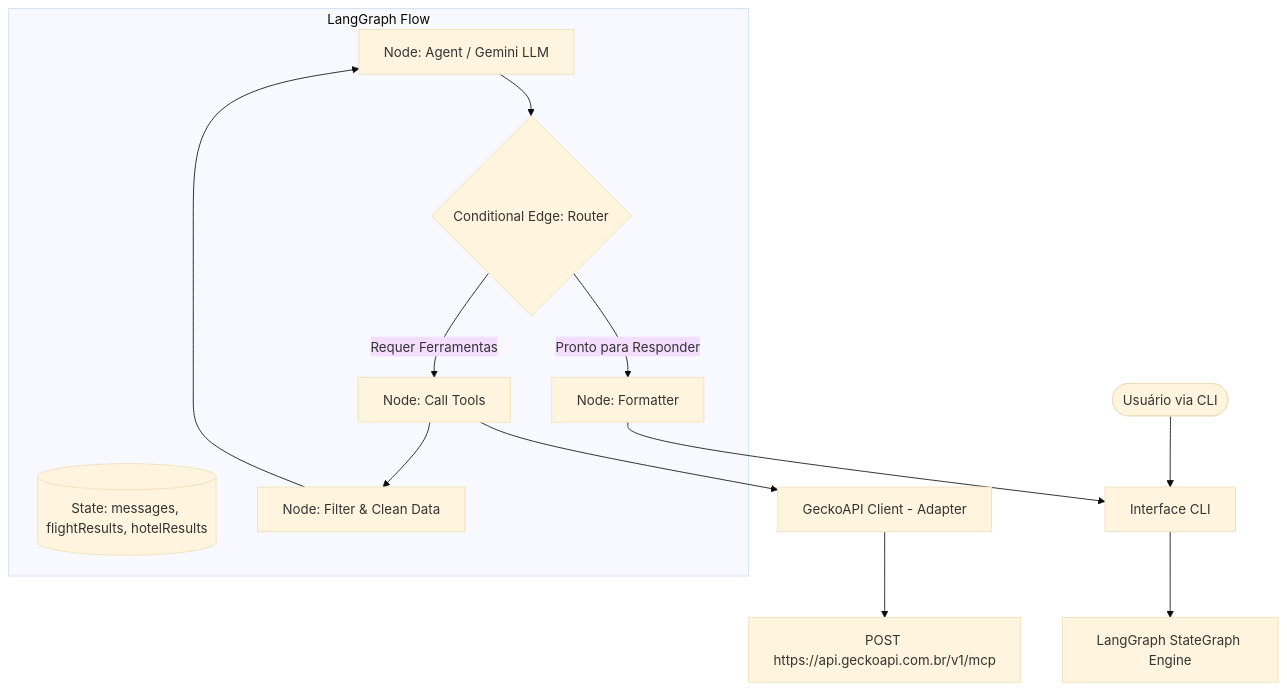
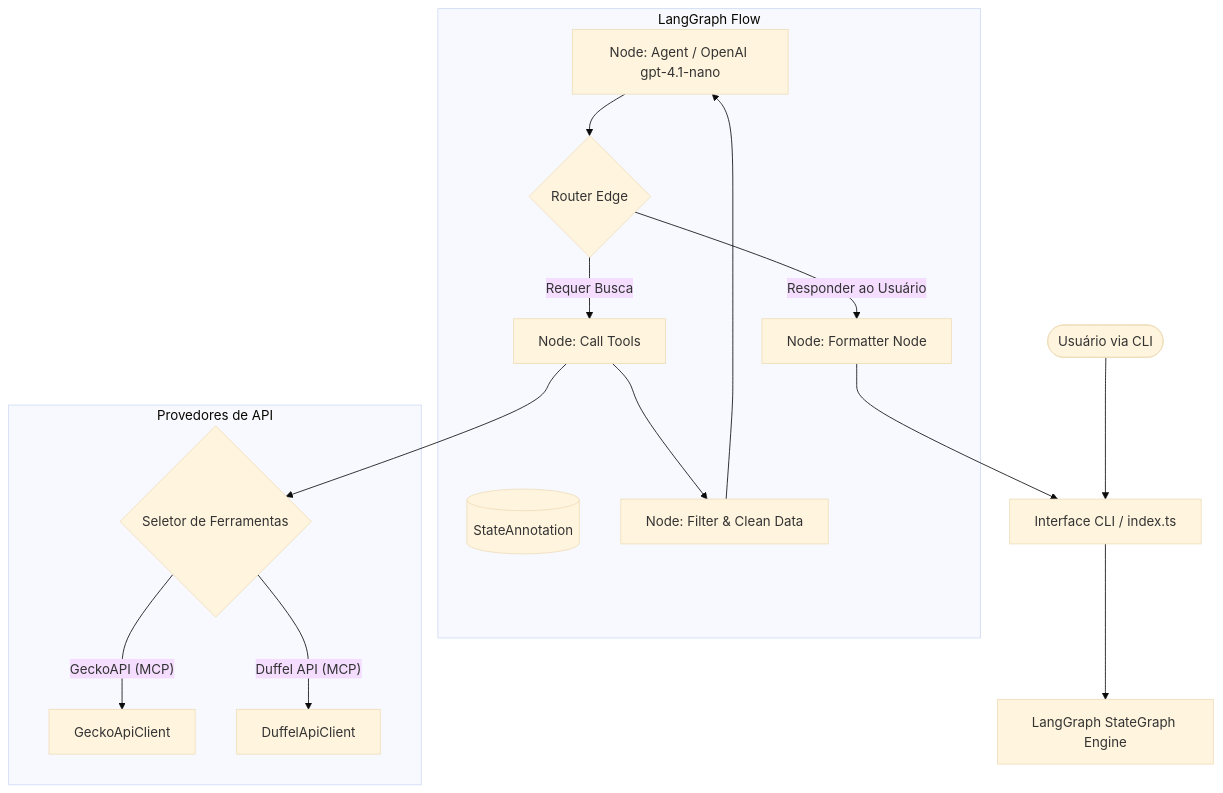
Before and after one commit to lpradopires/agent_viagens: the diagram in README.md, drawn with Mermaid (base theme). The commit also changed other lines of this file and 2 other files, not shown here.

````diff
--- a/README.md
+++ b/README.md
@@ -21,25 +15,28 @@
 ```mermaid
 graph TD
-    User([Usuário via CLI]) --> CLI[Interface CLI]
+    User([Usuário via CLI]) --> CLI[Interface CLI / index.ts]
     CLI --> Graph[LangGraph StateGraph Engine]
 
     subgraph LangGraph Flow
-        State[(State: messages, flightResults, hotelResults)]
-        AgentNode[Node: Agent / Gemini LLM]
-        ToolRouter{Conditional Edge: Router}
+        State[(StateAnnotation)]
+        AgentNode[Node: Agent / OpenAI gpt-4.1-nano]
+        ToolRouter{Router Edge}
         ToolNode[Node: Call Tools]
         FilterNode[Node: Filter & Clean Data]
-        FormatterNode[Node: Formatter]
+        FormatterNode[Node: Formatter Node]
 
         AgentNode --> ToolRouter
-        ToolRouter -- "Requer Ferramentas" --> ToolNode
-        ToolRouter -- "Pronto para Responder" --> FormatterNode
+        ToolRouter -- "Requer Busca" --> ToolNode
+        ToolRouter -- "Responder ao Usuário" --> FormatterNode
         ToolNode --> FilterNode
         FilterNode --> AgentNode
     end
 
-    ToolNode --> GeckoAPI[GeckoAPI Client - Adapter]
-    GeckoAPI --> ExtAPI[POST https://api.geckoapi.com.br/v1/mcp]
+    subgraph Provedores de API
+        ToolNode --> ActiveTools{Seletor de Ferramentas}
+        ActiveTools -- "GeckoAPI (MCP)" --> GeckoAPI[GeckoApiClient]
+        ActiveTools -- "Duffel API (MCP)" --> DuffelAPI[DuffelApiClient]
+    end
 
     FormatterNode --> CLI
 ```
````
